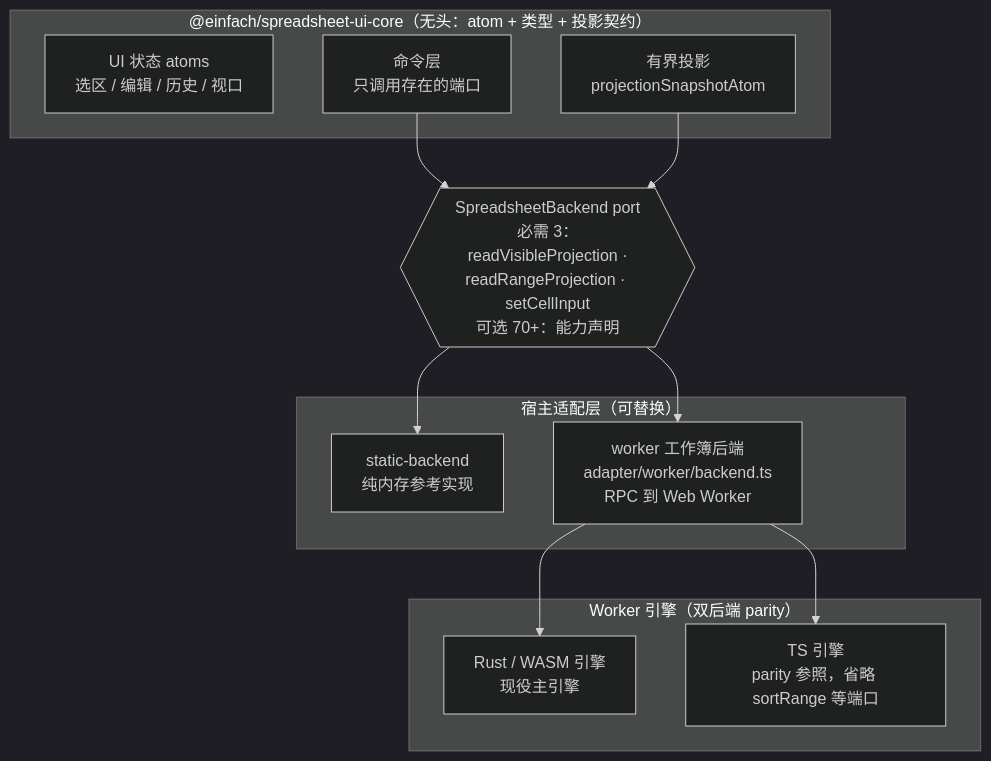
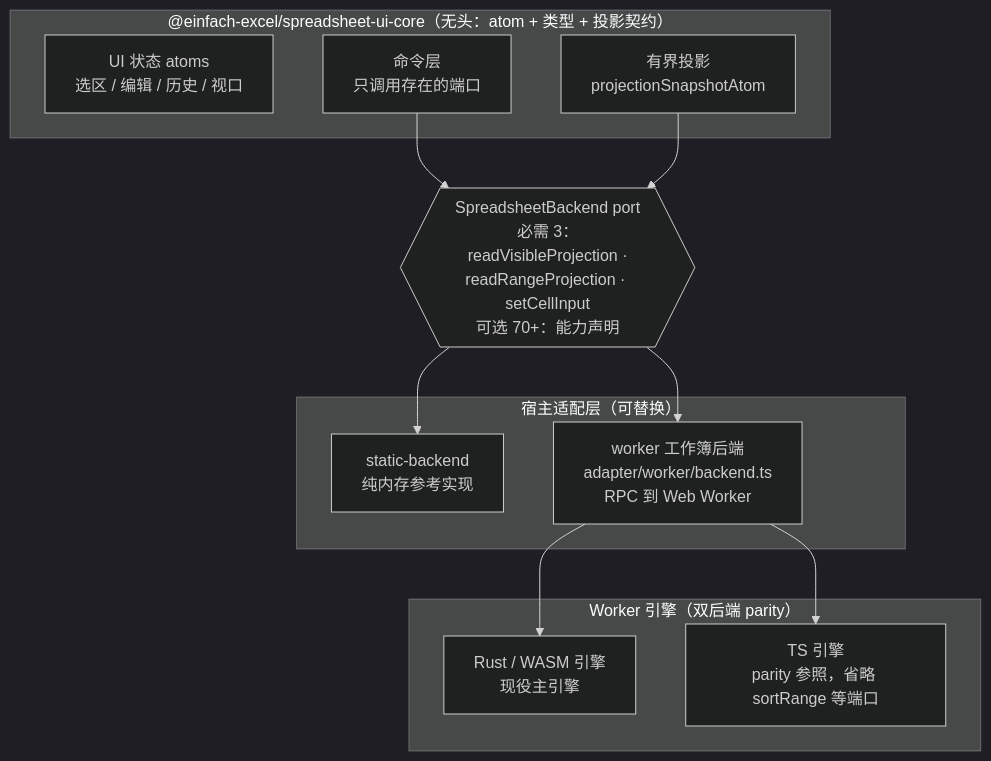
One commit to allroad88888888/einfach-excel changed the first of 4 diagrams in docs/content/article4-diagrams.md. Above: the diagram before and after it, drawn with Mermaid (dark theme). The commit also changed 981 other files, not shown here.

First line of the commit message:
refactor!: move repo packages to the @einfach-excel npm scope

````diff
--- a/docs/content/article4-diagrams.md
+++ b/docs/content/article4-diagrams.md
@@ -7,27 +7,27 @@
 ```mermaid
 flowchart TB
-    subgraph UI["@einfach/spreadsheet-ui-core（无头：atom + 类型 + 投影契约）"]
+    subgraph UI["@einfach-excel/spreadsheet-ui-core（无头：atom + 类型 + 投影契约）"]
         ATOMS[UI 状态 atoms<br/>选区 / 编辑 / 历史 / 视口]
         PROJ[有界投影<br/>projectionSnapshotAtom]
         CMD[命令层<br/>只调用存在的端口]
     end
 
     PORT{{"SpreadsheetBackend port<br/>必需 3：readVisibleProjection ·<br/>readRangeProjection · setCellInput<br/>可选 70+：能力声明"}}
 
     subgraph HOSTS["宿主适配层（可替换）"]
         STATIC[static-backend<br/>纯内存参考实现]
         WORKER[worker 工作簿后端<br/>adapter/worker/backend.ts<br/>RPC 到 Web Worker]
     end
 
     subgraph ENGINES["Worker 引擎（双后端 parity）"]
         RUST[Rust / WASM 引擎<br/>现役主引擎]
         TS[TS 引擎<br/>parity 参照，省略 sortRange 等端口]
     end
 
     CMD --> PORT
     PROJ --> PORT
     PORT --> STATIC
     PORT --> WORKER
     WORKER --> RUST
     WORKER --> TS
 ```
````
